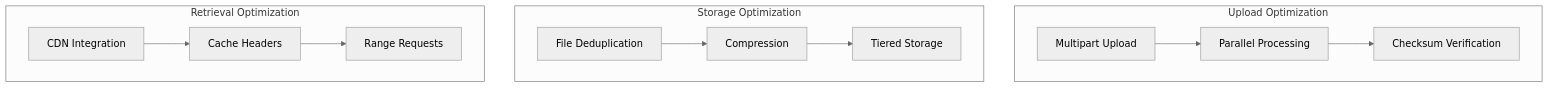
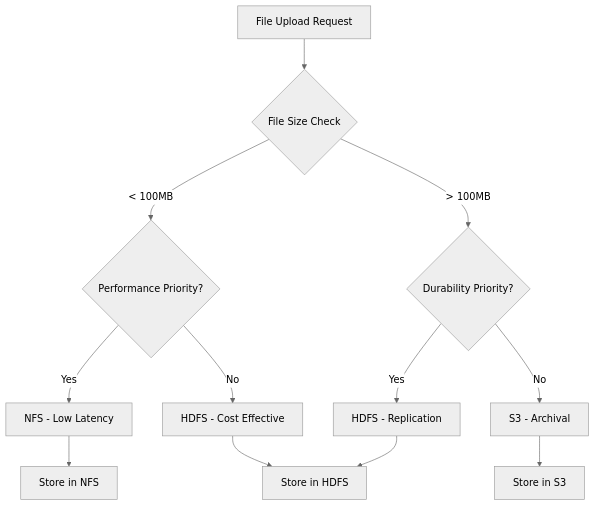
Before and after one commit to shayne007/blog: the sixth of 8 diagrams in source/_posts/Design-File-Storage-Service.md, drawn with Mermaid (neutral theme). The commit also changed other lines of this file and 1 other file, not shown here.

```diff
--- a/source/_posts/Design-File-Storage-Service.md
+++ b/source/_posts/Design-File-Storage-Service.md
@@ -303,16 +567,16 @@
-{% mermaid graph %}
-    subgraph "Upload Optimization"
-        A[Multipart Upload] --> B[Parallel Processing]
-        B --> C[Checksum Verification]
-    end
+{% mermaid flowchart %}
+    A[File Upload Request] --> B{File Size Check}
+    B -->|< 100MB| C{Performance Priority?}
+    B -->|> 100MB| D{Durability Priority?}
     
-    subgraph "Storage Optimization"
-        D[File Deduplication] --> E[Compression]
-        E --> F[Tiered Storage]
-    end
+    C -->|Yes| E[NFS - Low Latency]
+    C -->|No| F[HDFS - Cost Effective]
     
-    subgraph "Retrieval Optimization"
-        G[CDN Integration] --> H[Cache Headers]
-        H --> I[Range Requests]
-    end
+    D -->|Yes| G[HDFS - Replication]
+    D -->|No| H[S3 - Archival]
+    
+    E --> I[Store in NFS]
+    F --> J[Store in HDFS]
+    G --> J
+    H --> K[Store in S3]
 {% endmermaid %}
```
